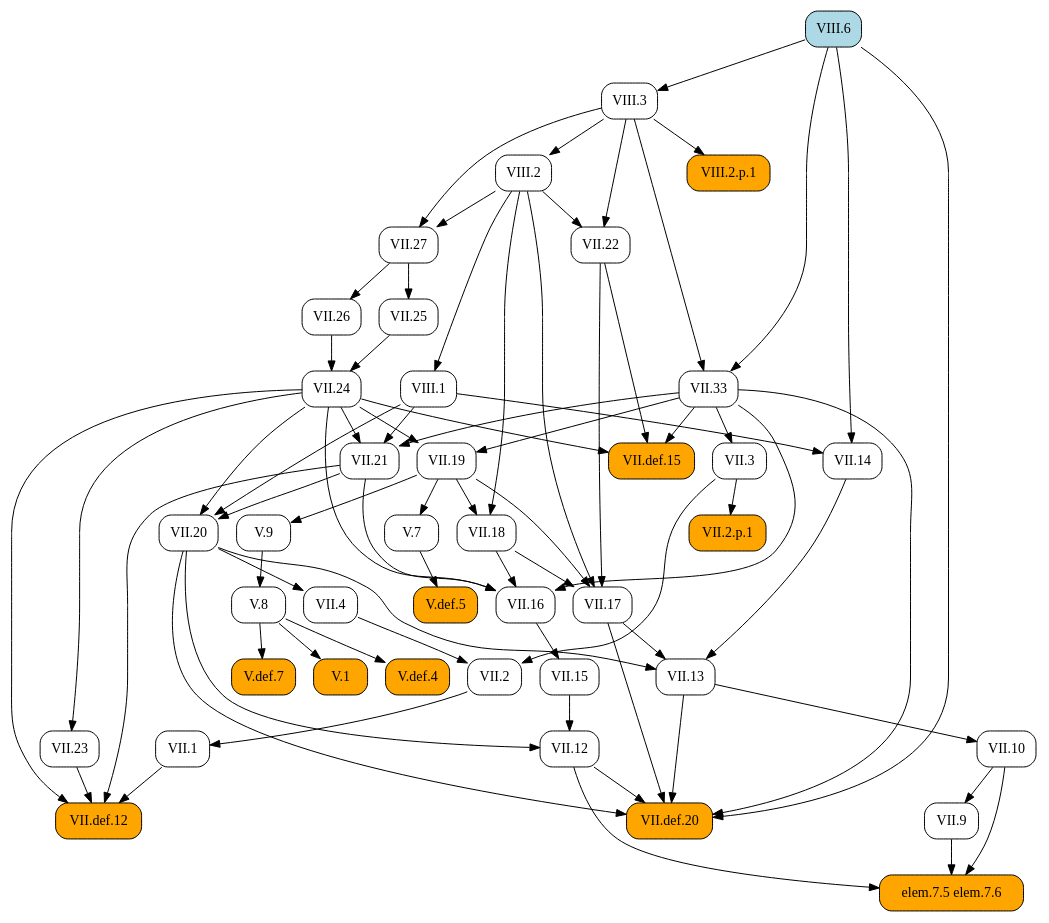
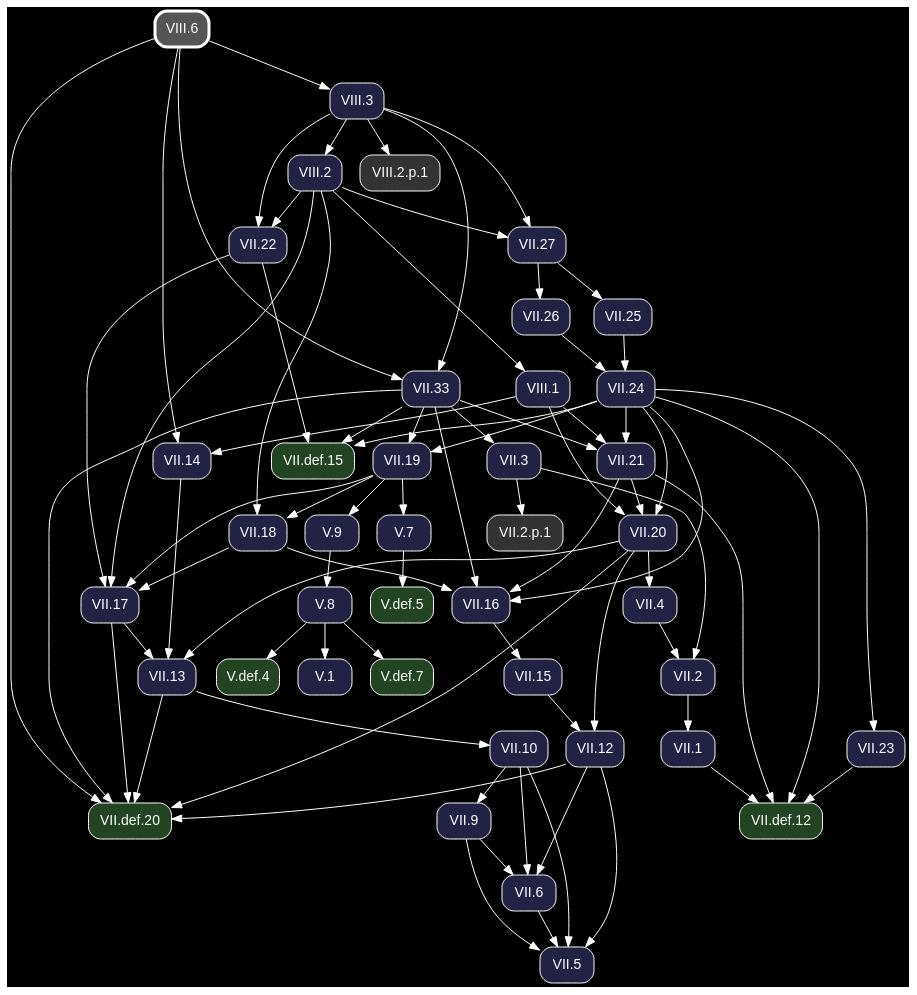
The diagram in docsrc/heath/VIII/6/index.rst (geometor/elements), drawn with Graphviz before and after one commit. The commit also changed other lines of this file and 1200 other files, not shown here.

Commit message:
update dependency graphs

```diff
--- a/docsrc/heath/VIII/6/index.rst
+++ b/docsrc/heath/VIII/6/index.rst
@@ -42,82 +42,56 @@
 .. graphviz::
 
    digraph {
+     bgcolor="black";
+     node [shape=box, style="rounded,filled", fontname="Helvetica", color="white", fontcolor="white"];
+     edge [color="white", fontcolor="white"];
      rankdir="TB";
-     node [shape=box, style=rounded];
-     "VII.33" [URL="/heath/VII/33/", target="_top"];
-     "VII.12" [URL="/heath/VII/12/", target="_top"];
-     "elem.7.5 elem.7.6" [style="rounded,filled", fillcolor=orange];
-     "VIII.6" [style="rounded,filled", fillcolor=lightblue, URL="/heath/VIII/6/", target="_top"];
-     "VII.9" [URL="/heath/VII/9/", target="_top"];
-     "VIII.2" [URL="/heath/VIII/2/", target="_top"];
-     "VII.18" [URL="/heath/VII/18/", target="_top"];
-     "VII.16" [URL="/heath/VII/16/", target="_top"];
-     "V.7" [URL="/heath/V/7/", target="_top"];
-     "VII.26" [URL="/heath/VII/26/", target="_top"];
-     "V.def.5" [style="rounded,filled", fillcolor=orange, URL="/heath/V/def.5/", target="_top"];
-     "V.9" [URL="/heath/V/9/", target="_top"];
-     "VII.10" [URL="/heath/VII/10/", target="_top"];
-     "VIII.3" [URL="/heath/VIII/3/", target="_top"];
-     "VII.13" [URL="/heath/VII/13/", target="_top"];
-     "VII.def.15" [style="rounded,filled", fillcolor=orange, URL="/heath/VII/def.15/", target="_top"];
-     "VII.17" [URL="/heath/VII/17/", target="_top"];
-     "VIII.2.p.1" [style="rounded,filled", fillcolor=orange];
-     "VII.19" [URL="/heath/VII/19/", target="_top"];
-     "VII.2" [URL="/heath/VII/2/", target="_top"];
-     "VII.def.20" [style="rounded,filled", fillcolor=orange, URL="/heath/VII/def.20/", target="_top"];
-     "VII.2.p.1" [style="rounded,filled", fillcolor=orange];
-     "VII.15" [URL="/heath/VII/15/", target="_top"];
-     "V.def.4" [style="rounded,filled", fillcolor=orange, URL="/heath/V/def.4/", target="_top"];
-     "V.def.7" [style="rounded,filled", fillcolor=orange, URL="/heath/V/def.7/", target="_top"];
-     "VII.14" [URL="/heath/VII/14/", target="_top"];
-     "VII.27" [URL="/heath/VII/27/", target="_top"];
-     "VII.21" [URL="/heath/VII/21/", target="_top"];
-     "VII.22" [URL="/heath/VII/22/", target="_top"];
-     "VII.25" [URL="/heath/VII/25/", target="_top"];
-     "VIII.1" [URL="/heath/VIII/1/", target="_top"];
-     "VII.1" [URL="/heath/VII/1/", target="_top"];
-     "V.8" [URL="/heath/V/8/", target="_top"];
-     "VII.23" [URL="/heath/VII/23/", target="_top"];
-     "VII.4" [URL="/heath/VII/4/", target="_top"];
-     "VII.def.12" [style="rounded,filled", fillcolor=orange, URL="/heath/VII/def.12/", target="_top"];
-     "V.1" [style="rounded,filled", fillcolor=orange, URL="/heath/V/1/", target="_top"];
-     "VII.3" [URL="/heath/VII/3/", target="_top"];
-     "VII.24" [URL="/heath/VII/24/", target="_top"];
-     "VII.20" [URL="/heath/VII/20/", target="_top"];
+     "VII.33" [fillcolor="#222244", URL="/heath/VII/33/", target="_top"];
+     "V.def.5" [fillcolor="#224422", URL="/heath/V/def.5/", target="_top"];
+     "VII.18" [fillcolor="#222244", URL="/heath/VII/18/", target="_top"];
+     "VII.2" [fillcolor="#222244", URL="/heath/VII/2/", target="_top"];
+     "VII.def.20" [fillcolor="#224422", URL="/heath/VII/def.20/", target="_top"];
+     "VII.26" [fillcolor="#222244", URL="/heath/VII/26/", target="_top"];
+     "VII.1" [fillcolor="#222244", URL="/heath/VII/1/", target="_top"];
+     "VIII.6" [penwidth=3, color="white", fillcolor="#555555", URL="/heath/VIII/6/", target="_top"];
+     "VII.13" [fillcolor="#222244", URL="/heath/VII/13/", target="_top"];
+     "VIII.2.p.1" [fillcolor="#333333"];
+     "VII.27" [fillcolor="#222244", URL="/heath/VII/27/", target="_top"];
+     "VII.4" [fillcolor="#222244", URL="/heath/VII/4/", target="_top"];
+     "VII.25" [fillcolor="#222244", URL="/heath/VII/25/", target="_top"];
+     "VII.21" [fillcolor="#222244", URL="/heath/VII/21/", target="_top"];
+     "VII.9" [fillcolor="#222244", URL="/heath/VII/9/", target="_top"];
+     "V.7" [fillcolor="#222244", URL="/heath/V/7/", target="_top"];
+     "VII.12" [fillcolor="#222244", URL="/heath/VII/12/", target="_top"];
+     "V.9" [fillcolor="#222244", URL="/heath/V/9/", target="_top"];
+     "VII.17" [fillcolor="#222244", URL="/heath/VII/17/", target="_top"];
+     "VII.24" [fillcolor="#222244", URL="/heath/VII/24/", target="_top"];
+     "VII.22" [fillcolor="#222244", URL="/heath/VII/22/", target="_top"];
+     "VIII.2" [fillcolor="#222244", URL="/heath/VIII/2/", target="_top"];
+     "V.def.7" [fillcolor="#224422", URL="/heath/V/def.7/", target="_top"];
+     "VII.20" [fillcolor="#222244", URL="/heath/VII/20/", target="_top"];
+     "V.def.4" [fillcolor="#224422", URL="/heath/V/def.4/", target="_top"];
+     "VII.5" [fillcolor="#222244", URL="/heath/VII/5/", target="_top"];
+     "VII.def.15" [fillcolor="#224422", URL="/heath/VII/def.15/", target="_top"];
+     "VIII.3" [fillcolor="#222244", URL="/heath/VIII/3/", target="_top"];
+     "VII.2.p.1" [fillcolor="#333333"];
+     "VII.6" [fillcolor="#222244", URL="/heath/VII/6/", target="_top"];
+     "VII.16" [fillcolor="#222244", URL="/heath/VII/16/", target="_top"];
+     "VII.15" [fillcolor="#222244", URL="/heath/VII/15/", target="_top"];
+     "V.1" [fillcolor="#222244", URL="/heath/V/1/", target="_top"];
+     "VII.10" [fillcolor="#222244", URL="/heath/VII/10/", target="_top"];
+     "VII.23" [fillcolor="#222244", URL="/heath/VII/23/", target="_top"];
+     "VII.def.12" [fillcolor="#224422", URL="/heath/VII/def.12/", target="_top"];
+     "VII.19" [fillcolor="#222244", URL="/heath/VII/19/", target="_top"];
+     "VIII.1" [fillcolor="#222244", URL="/heath/VIII/1/", target="_top"];
+     "V.8" [fillcolor="#222244", URL="/heath/V/8/", target="_top"];
+     "VII.3" [fillcolor="#222244", URL="/heath/VII/3/", target="_top"];
+     "VII.14" [fillcolor="#222244", URL="/heath/VII/14/", target="_top"];
      "VIII.3" -> "VII.33";
      "VIII.6" -> "VII.33";
-     "VII.15" -> "VII.12";
-     "VII.20" -> "VII.12";
-     "VII.9" -> "elem.7.5 elem.7.6";
-     "VII.10" -> "elem.7.5 elem.7.6";
-     "VII.12" -> "elem.7.5 elem.7.6";
-     "VII.10" -> "VII.9";
-     "VIII.3" -> "VIII.2";
+     "V.7" -> "V.def.5";
      "VII.19" -> "VII.18";
      "VIII.2" -> "VII.18";
-     "VII.18" -> "VII.16";
-     "VII.21" -> "VII.16";
-     "VII.24" -> "VII.16";
-     "VII.33" -> "VII.16";
-     "VII.19" -> "V.7";
-     "VII.27" -> "VII.26";
-     "V.7" -> "V.def.5";
-     "VII.19" -> "V.9";
-     "VII.13" -> "VII.10";
-     "VIII.6" -> "VIII.3";
-     "VII.14" -> "VII.13";
-     "VII.17" -> "VII.13";
-     "VII.20" -> "VII.13";
-     "VII.22" -> "VII.def.15";
-     "VII.24" -> "VII.def.15";
-     "VII.33" -> "VII.def.15";
-     "VII.18" -> "VII.17";
-     "VII.19" -> "VII.17";
-     "VII.22" -> "VII.17";
-     "VIII.2" -> "VII.17";
-     "VIII.3" -> "VIII.2.p.1";
-     "VII.24" -> "VII.19";
-     "VII.33" -> "VII.19";
      "VII.3" -> "VII.2";
      "VII.4" -> "VII.2";
      "VII.12" -> "VII.def.20";
@@ -126,34 +100,67 @@
      "VII.20" -> "VII.def.20";
      "VII.33" -> "VII.def.20";
      "VIII.6" -> "VII.def.20";
-     "VII.3" -> "VII.2.p.1";
-     "VII.16" -> "VII.15";
-     "V.8" -> "V.def.4";
-     "V.8" -> "V.def.7";
-     "VIII.1" -> "VII.14";
-     "VIII.6" -> "VII.14";
+     "VII.27" -> "VII.26";
+     "VII.2" -> "VII.1";
+     "VII.14" -> "VII.13";
+     "VII.17" -> "VII.13";
+     "VII.20" -> "VII.13";
+     "VIII.3" -> "VIII.2.p.1";
      "VIII.2" -> "VII.27";
      "VIII.3" -> "VII.27";
+     "VII.20" -> "VII.4";
+     "VII.27" -> "VII.25";
      "VII.24" -> "VII.21";
      "VII.33" -> "VII.21";
      "VIII.1" -> "VII.21";
+     "VII.10" -> "VII.9";
+     "VII.19" -> "V.7";
+     "VII.15" -> "VII.12";
+     "VII.20" -> "VII.12";
+     "VII.19" -> "V.9";
+     "VII.18" -> "VII.17";
+     "VII.19" -> "VII.17";
+     "VII.22" -> "VII.17";
+     "VIII.2" -> "VII.17";
+     "VII.25" -> "VII.24";
+     "VII.26" -> "VII.24";
      "VIII.2" -> "VII.22";
      "VIII.3" -> "VII.22";
-     "VII.27" -> "VII.25";
-     "VIII.2" -> "VIII.1";
-     "VII.2" -> "VII.1";
-     "V.9" -> "V.8";
+     "VIII.3" -> "VIII.2";
+     "V.8" -> "V.def.7";
+     "VII.21" -> "VII.20";
+     "VII.24" -> "VII.20";
+     "VIII.1" -> "VII.20";
+     "V.8" -> "V.def.4";
+     "VII.6" -> "VII.5";
+     "VII.9" -> "VII.5";
+     "VII.10" -> "VII.5";
+     "VII.12" -> "VII.5";
+     "VII.22" -> "VII.def.15";
+     "VII.24" -> "VII.def.15";
+     "VII.33" -> "VII.def.15";
+     "VIII.6" -> "VIII.3";
+     "VII.3" -> "VII.2.p.1";
+     "VII.9" -> "VII.6";
+     "VII.10" -> "VII.6";
+     "VII.12" -> "VII.6";
+     "VII.18" -> "VII.16";
+     "VII.21" -> "VII.16";
+     "VII.24" -> "VII.16";
+     "VII.33" -> "VII.16";
+     "VII.16" -> "VII.15";
+     "V.8" -> "V.1";
+     "VII.13" -> "VII.10";
      "VII.24" -> "VII.23";
-     "VII.20" -> "VII.4";
      "VII.1" -> "VII.def.12";
      "VII.21" -> "VII.def.12";
      "VII.23" -> "VII.def.12";
      "VII.24" -> "VII.def.12";
-     "V.8" -> "V.1";
+     "VII.24" -> "VII.19";
+     "VII.33" -> "VII.19";
+     "VIII.2" -> "VIII.1";
+     "V.9" -> "V.8";
      "VII.33" -> "VII.3";
-     "VII.25" -> "VII.24";
-     "VII.26" -> "VII.24";
-     "VII.21" -> "VII.20";
-     "VII.24" -> "VII.20";
-     "VIII.1" -> "VII.20";
+     "VIII.1" -> "VII.14";
+     "VIII.6" -> "VII.14";
    }
```
